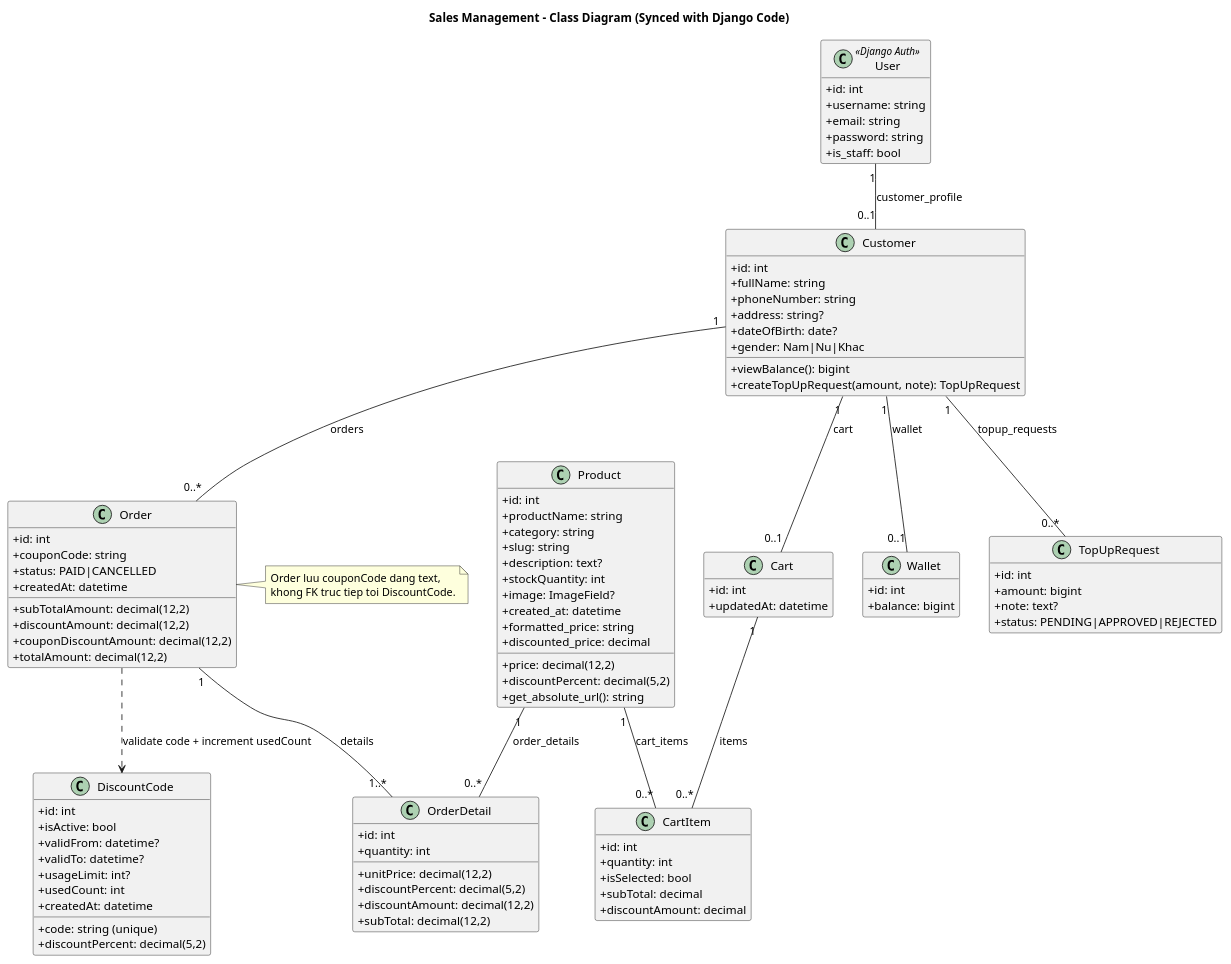
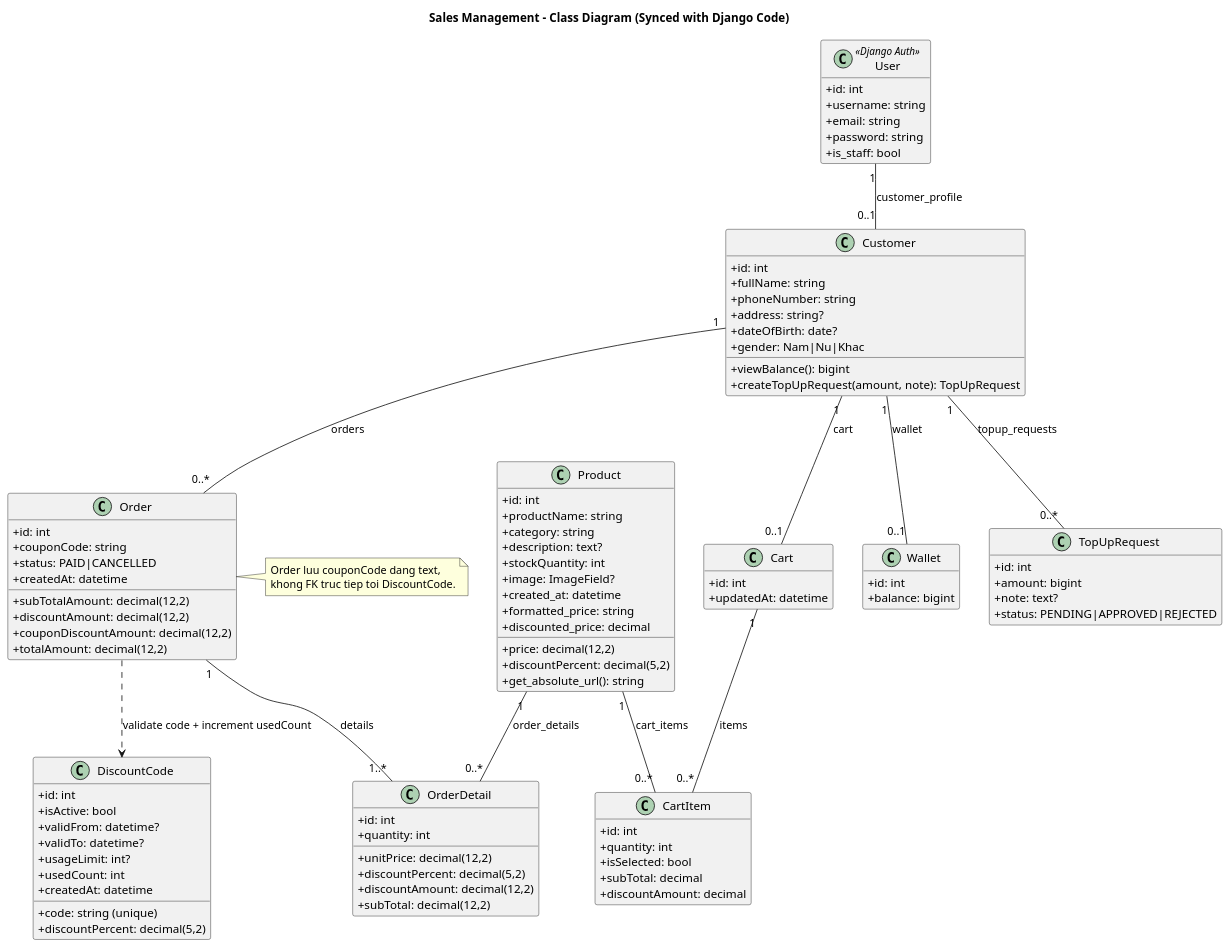
One commit to ducAnhNotEm/Quan_ly_ban_hang changed the diagram in UML/class_diagram.puml. Above: the diagram before and after it, drawn with PlantUML. The commit also changed 7 other files, not shown here.

```diff
--- a/UML/class_diagram.puml
+++ b/UML/class_diagram.puml
@@ -1,118 +1,117 @@
 @startuml
 title Sales Management - Class Diagram (Synced with Django Code)
 
 skinparam classAttributeIconSize 0
 hide empty members
 
 class User <<Django Auth>> {
   +id: int
   +username: string
   +email: string
   +password: string
   +is_staff: bool
 }
 
 
 class Customer {
   +id: int
   +fullName: string
   +phoneNumber: string
   +address: string?
   +dateOfBirth: date?
   +gender: Nam|Nu|Khac
   +viewBalance(): bigint
   +createTopUpRequest(amount, note): TopUpRequest
 }
 
 class Wallet {
   +id: int
   +balance: bigint
 }
 
 class TopUpRequest {
   +id: int
   +amount: bigint
   +note: text?
   +status: PENDING|APPROVED|REJECTED
 }
 
 class Product {
   +id: int
   +productName: string
   +category: string
-  +slug: string
   +description: text?
   +price: decimal(12,2)
   +discountPercent: decimal(5,2)
   +stockQuantity: int
   +image: ImageField?
   +created_at: datetime
   +get_absolute_url(): string
   +formatted_price: string
   +discounted_price: decimal
 }
 
 class Cart {
   +id: int
   +updatedAt: datetime
 }
 
 class CartItem {
   +id: int
   +quantity: int
   +isSelected: bool
   +subTotal: decimal
   +discountAmount: decimal
 }
 
 class DiscountCode {
   +id: int
   +code: string (unique)
   +discountPercent: decimal(5,2)
   +isActive: bool
   +validFrom: datetime?
   +validTo: datetime?
   +usageLimit: int?
   +usedCount: int
   +createdAt: datetime
 }
 
 class Order {
   +id: int
   +subTotalAmount: decimal(12,2)
   +discountAmount: decimal(12,2)
   +couponCode: string
   +couponDiscountAmount: decimal(12,2)
   +totalAmount: decimal(12,2)
   +status: PAID|CANCELLED
   +createdAt: datetime
 }
 
 class OrderDetail {
   +id: int
   +quantity: int
   +unitPrice: decimal(12,2)
   +discountPercent: decimal(5,2)
   +discountAmount: decimal(12,2)
   +subTotal: decimal(12,2)
 }
 
 User "1" -- "0..1" Customer : customer_profile
 Customer "1" -- "0..1" Wallet : wallet
 Customer "1" -- "0..*" TopUpRequest : topup_requests
 Customer "1" -- "0..1" Cart : cart
 Cart "1" -- "0..*" CartItem : items
 Product "1" -- "0..*" CartItem : cart_items
 Customer "1" -- "0..*" Order : orders
 Order "1" -- "1..*" OrderDetail : details
 Product "1" -- "0..*" OrderDetail : order_details
 Order ..> DiscountCode : validate code + increment usedCount
 
 
 
 note right of Order
   Order luu couponCode dang text,
   khong FK truc tiep toi DiscountCode.
 end note
 
 @enduml
```
